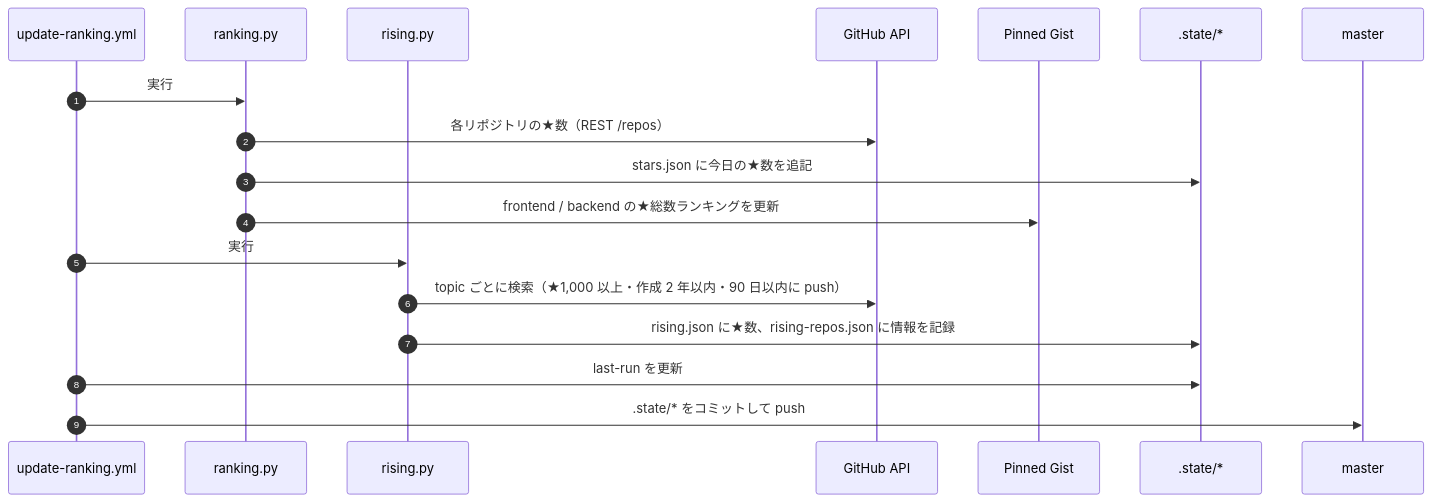
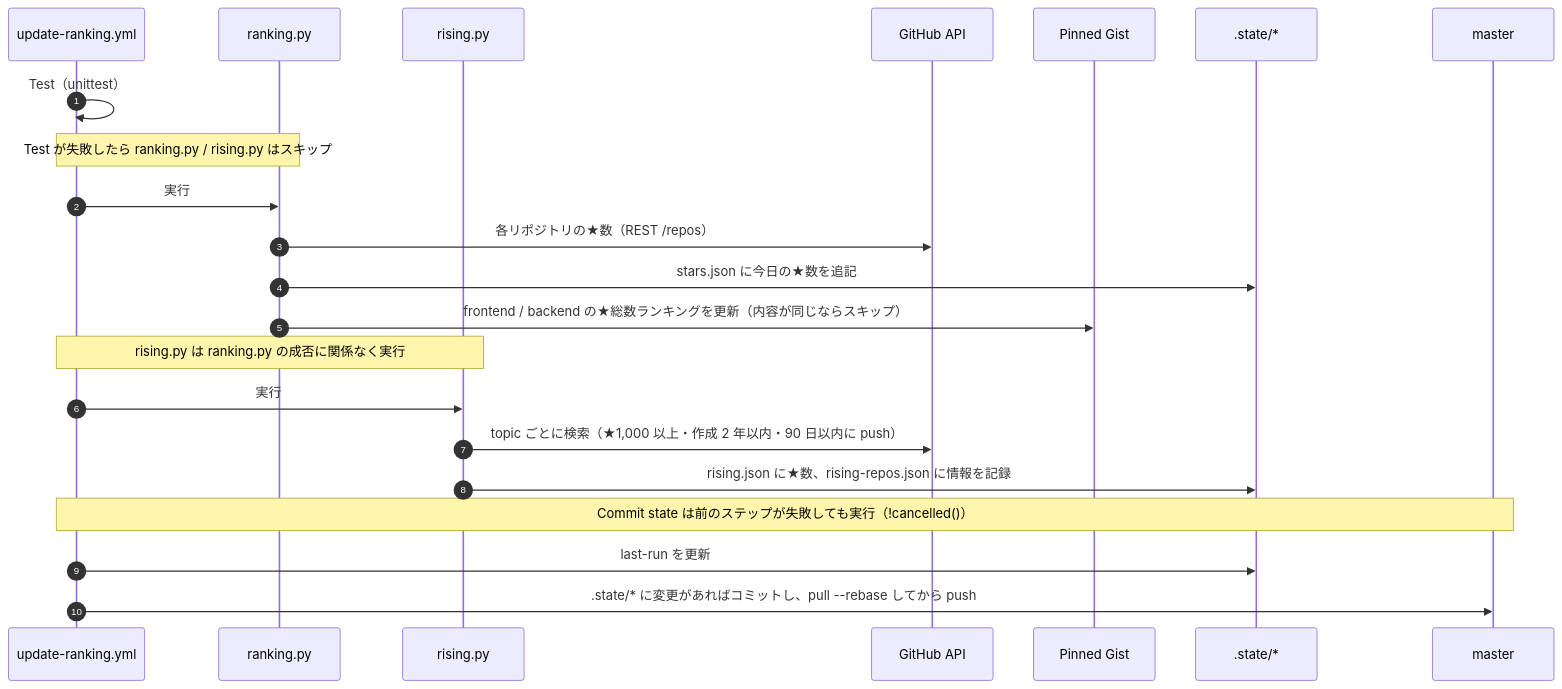
The second of 2 diagrams in docs/DATA_FLOW.md (ot-nemoto/Omiya), drawn with Mermaid before and after one commit. The commit also changed other lines of this file and 1 other file, not shown here.

First line of the commit message:
Address review on data flow doc

````diff
--- a/docs/DATA_FLOW.md
+++ b/docs/DATA_FLOW.md
@@ -70,21 +79,25 @@
 ```mermaid
 sequenceDiagram
     autonumber
     participant WF as update-ranking.yml
     participant R as ranking.py
     participant RS as rising.py
     participant GH as GitHub API
     participant G as Pinned Gist
     participant S as .state/*
     participant M as master
 
+    WF->>WF: Test（unittest）
+    Note over WF,R: Test が失敗したら ranking.py / rising.py はスキップ
     WF->>R: 実行
     R->>GH: 各リポジトリの★数（REST /repos）
     R->>S: stars.json に今日の★数を追記
-    R->>G: frontend / backend の★総数ランキングを更新
+    R->>G: frontend / backend の★総数ランキングを更新（内容が同じならスキップ）
+    Note over WF,RS: rising.py は ranking.py の成否に関係なく実行
     WF->>RS: 実行
     RS->>GH: topic ごとに検索（★1,000 以上・作成 2 年以内・90 日以内に push）
     RS->>S: rising.json に★数、rising-repos.json に情報を記録
+    Note over WF,M: Commit state は前のステップが失敗しても実行（!cancelled()）
     WF->>S: last-run を更新
-    WF->>M: .state/* をコミットして push
+    WF->>M: .state/* に変更があればコミットし、pull --rebase してから push
 ```
````
